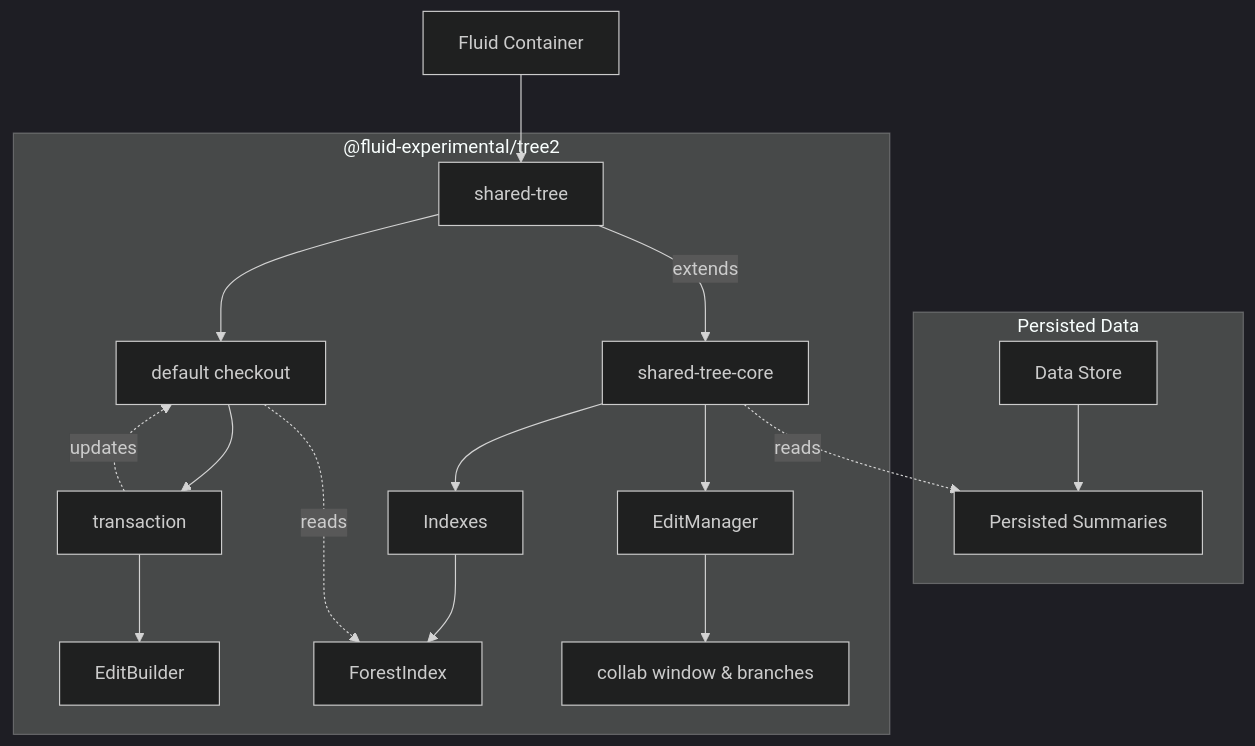
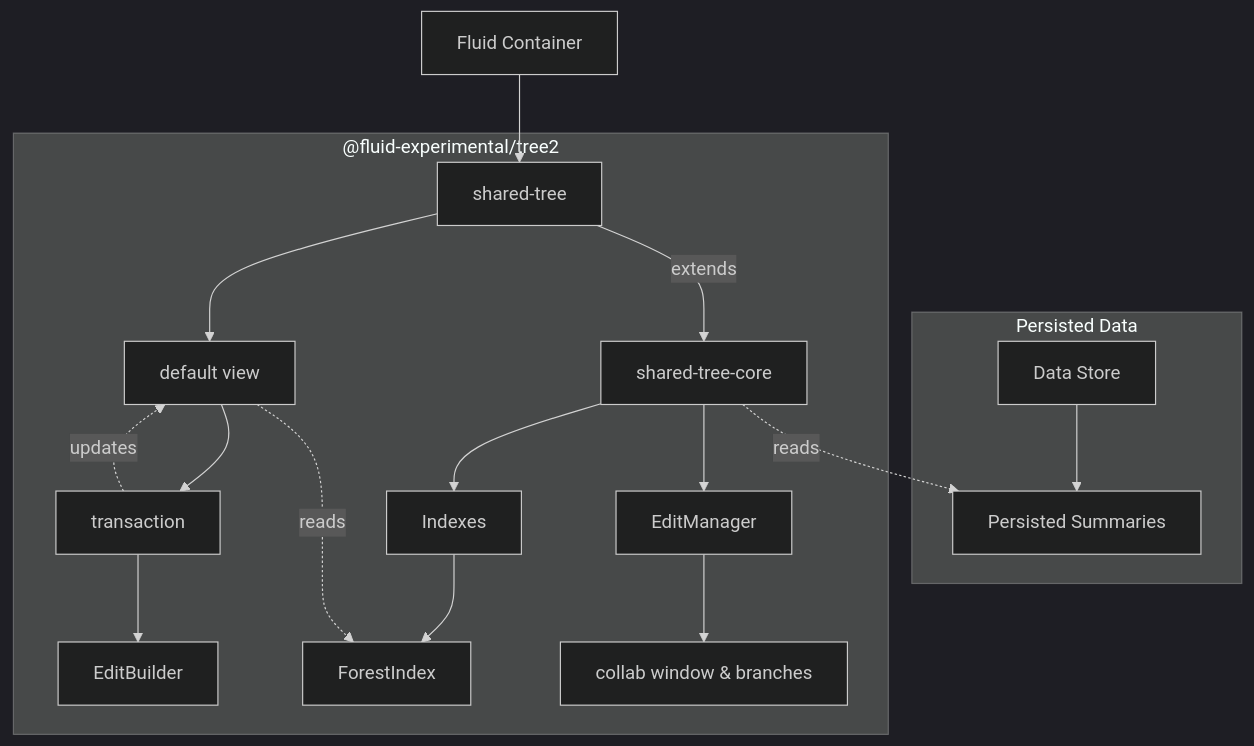
One commit to microsoft/FluidFramework changed the first of 6 diagrams in experimental/dds/tree2/README.md. Above: the diagram before and after it, drawn with Mermaid (dark theme). The commit also changed other lines of this file and 5 other files, not shown here.

Commit message:
Replace usages of the term checkout with view

````diff
--- a/experimental/dds/tree2/README.md
+++ b/experimental/dds/tree2/README.md
@@ -107,18 +107,18 @@
 ```mermaid
 graph TD;
     subgraph "Persisted Data"
         store["Data Store"]-->doc["Persisted Summaries"]
     end
     container["Fluid Container"]-->shared-tree
     subgraph "@fluid-experimental/tree2"
         shared-tree--"extends"-->shared-tree-core
         shared-tree-core-."reads".->doc
         shared-tree-core-->EditManager-->X["collab window & branches"]
         shared-tree-core-->Indexes-->ForestIndex
-        shared-tree-->checkout["default checkout"]
-        transaction-."updates".->checkout
+        shared-tree-->view["default view"]
+        transaction-."updates".->view
         transaction-->EditBuilder
-        checkout-."reads".->ForestIndex
-        checkout-->transaction
+        view-."reads".->ForestIndex
+        view-->transaction
     end
 ```
````
